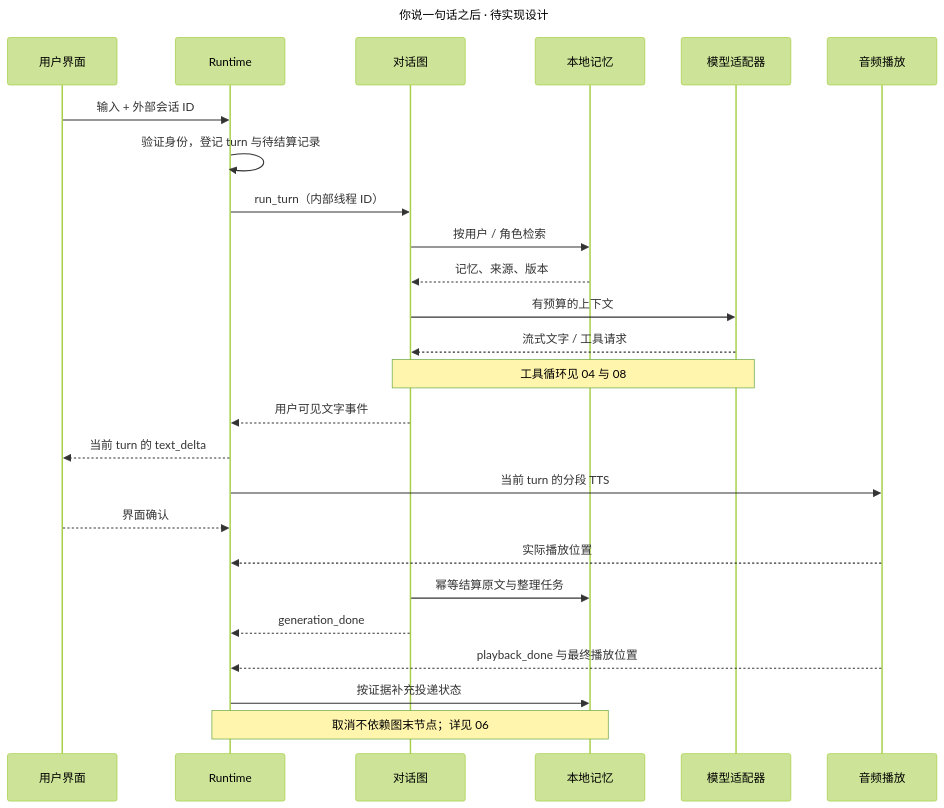
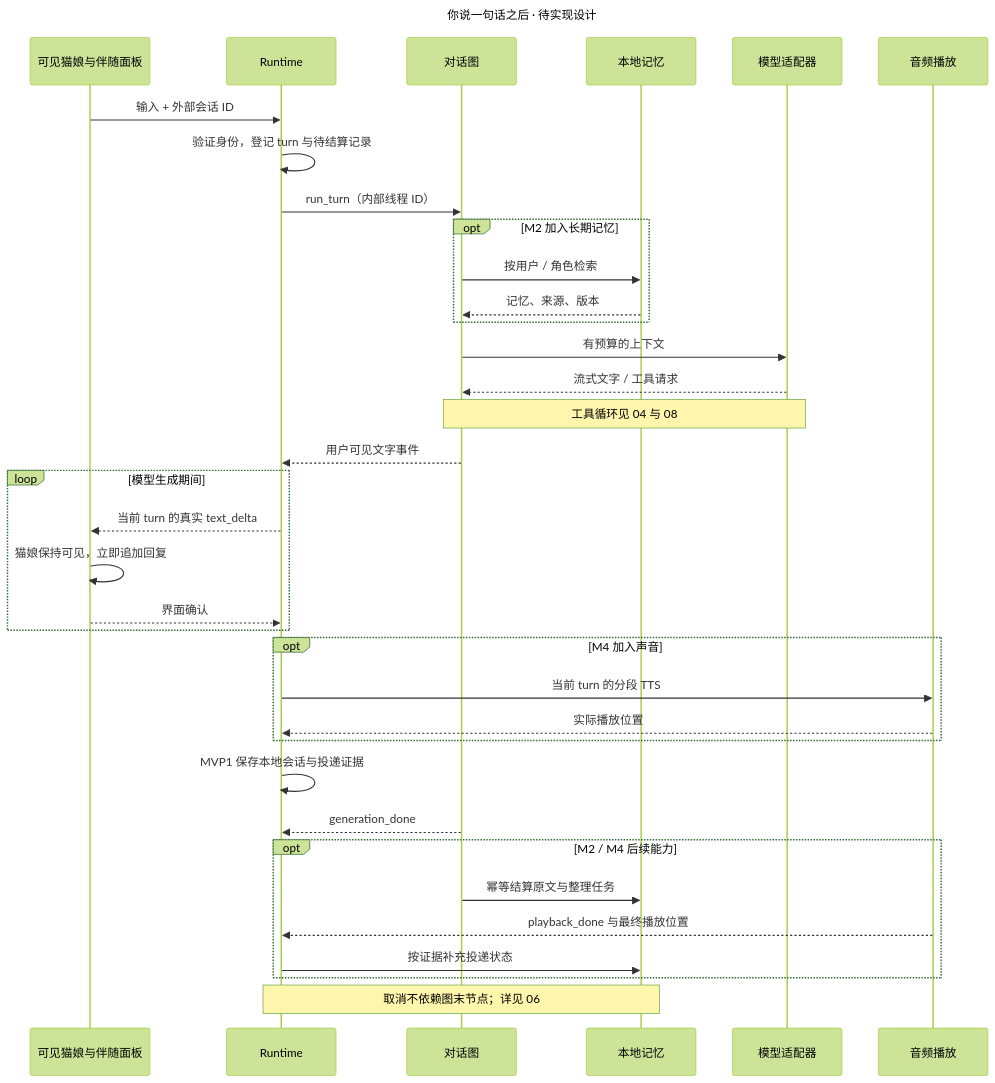
One commit to FrigidCrow/ai-neko changed the diagram in docs/diagrams/src/02-turn.mmd. Above: the diagram before and after it, drawn with Mermaid (forest theme). The commit also changed 167 other files, not shown here.

```diff
--- a/docs/diagrams/src/02-turn.mmd
+++ b/docs/diagrams/src/02-turn.mmd
@@ -1,28 +1,38 @@
 ---
 title: "你说一句话之后 · 待实现设计"
 ---
 sequenceDiagram
-    participant U as 用户界面
+    participant U as 可见猫娘与伴随面板
     participant R as Runtime
     participant G as 对话图
     participant M as 本地记忆
     participant L as 模型适配器
     participant A as 音频播放
     U->>R: 输入 + 外部会话 ID
     R->>R: 验证身份，登记 turn 与待结算记录
     R->>G: run_turn（内部线程 ID）
-    G->>M: 按用户 / 角色检索
-    M-->>G: 记忆、来源、版本
+    opt M2 加入长期记忆
+      G->>M: 按用户 / 角色检索
+      M-->>G: 记忆、来源、版本
+    end
     G->>L: 有预算的上下文
     L-->>G: 流式文字 / 工具请求
     Note over G,L: 工具循环见 04 与 08
     G-->>R: 用户可见文字事件
-    R-->>U: 当前 turn 的 text_delta
-    R->>A: 当前 turn 的分段 TTS
-    U-->>R: 界面确认
-    A-->>R: 实际播放位置
-    G->>M: 幂等结算原文与整理任务
+    loop 模型生成期间
+      R-->>U: 当前 turn 的真实 text_delta
+      U->>U: 猫娘保持可见，立即追加回复
+      U-->>R: 界面确认
+    end
+    opt M4 加入声音
+      R->>A: 当前 turn 的分段 TTS
+      A-->>R: 实际播放位置
+    end
+    R->>R: MVP1 保存本地会话与投递证据
     G-->>R: generation_done
-    A-->>R: playback_done 与最终播放位置
-    R->>M: 按证据补充投递状态
+    opt M2 / M4 后续能力
+      G->>M: 幂等结算原文与整理任务
+      A-->>R: playback_done 与最终播放位置
+      R->>M: 按证据补充投递状态
+    end
     Note over R,M: 取消不依赖图末节点；详见 06
```
